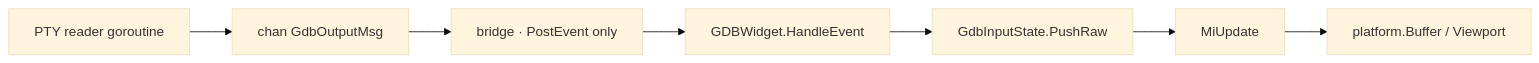
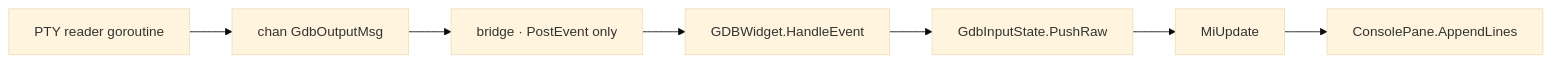
Before and after one commit to yairgd/gdbforge: the second of 2 diagrams in docs/DEVELOPER_GUIDE.md, drawn with Mermaid (base theme). The commit also changed other lines of this file and 13 other files, not shown here.

First line of the commit message:
Extract InputLine and ConsolePane; make GDBWidget a thin MI adapter.

````diff
--- a/docs/DEVELOPER_GUIDE.md
+++ b/docs/DEVELOPER_GUIDE.md
@@ -310,12 +315,12 @@
 ```mermaid
 flowchart LR
     PTY["PTY reader goroutine"]
     Ch["chan GdbOutputMsg"]
     Bridge["bridge · PostEvent only"]
     Widget["GDBWidget.HandleEvent"]
     State["GdbInputState.PushRaw"]
     Upd["MiUpdate"]
-    Buf["platform.Buffer / Viewport"]
+    Cons["ConsolePane.AppendLines"]
 
-    PTY --> Ch --> Bridge --> Widget --> State --> Upd --> Buf
+    PTY --> Ch --> Bridge --> Widget --> State --> Upd --> Cons
 ```
````
